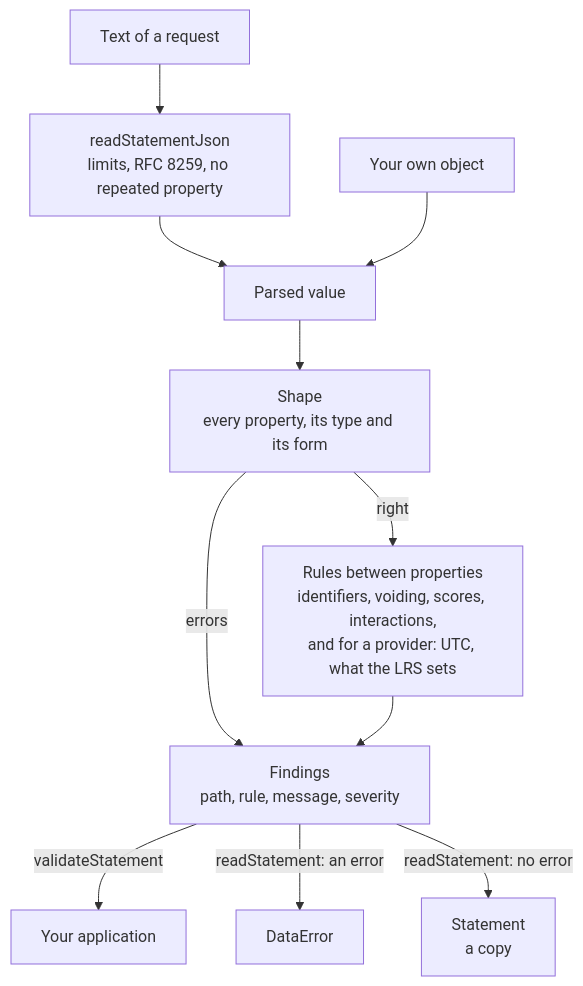
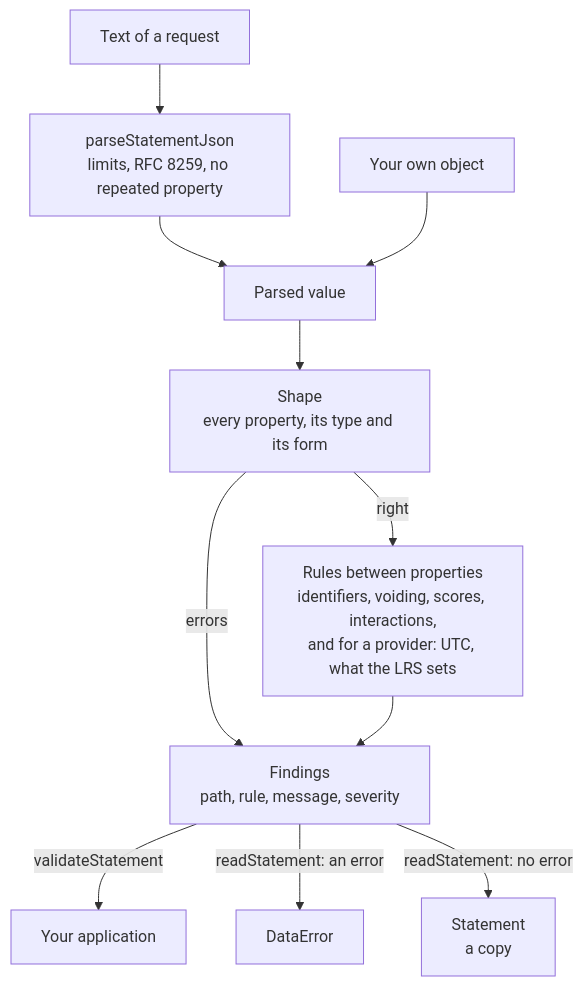
Before and after one commit to interopkit/interopkit: the diagram in docs/learning-records/model.md, drawn with Mermaid. The commit also changed other lines of this file and 57 other files, not shown here.

First line of the commit message:
Name the cause of an access refusal by a kebab-case union, and name readStatementJson parseStatementJson

````diff
--- a/docs/learning-records/model.md
+++ b/docs/learning-records/model.md
@@ -7,13 +7,13 @@
 ```mermaid
 flowchart TD
-  text["Text of a request"] --> json["readStatementJson<br/>limits, RFC 8259, no repeated property"]
+  text["Text of a request"] --> json["parseStatementJson<br/>limits, RFC 8259, no repeated property"]
   json --> value["Parsed value"]
   host["Your own object"] --> value
   value --> shape["Shape<br/>every property, its type and its form"]
   shape -->|"errors"| findings["Findings<br/>path, rule, message, severity"]
   shape -->|"right"| rules["Rules between properties<br/>identifiers, voiding, scores, interactions,<br/>and for a provider: UTC, what the LRS sets"]
   rules --> findings
   findings -->|"validateStatement"| host2["Your application"]
   findings -->|"readStatement: an error"| error["DataError"]
   findings -->|"readStatement: no error"| statement["Statement<br/>a copy"]
 ```
````
